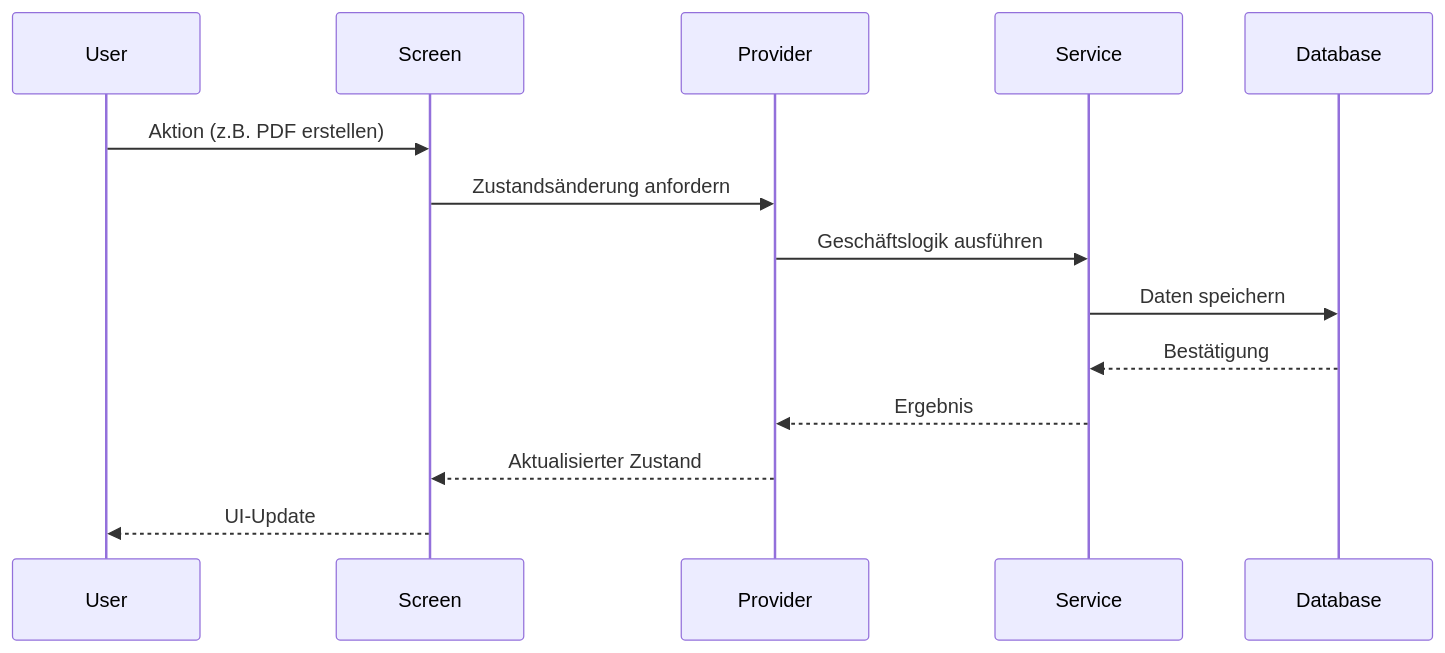
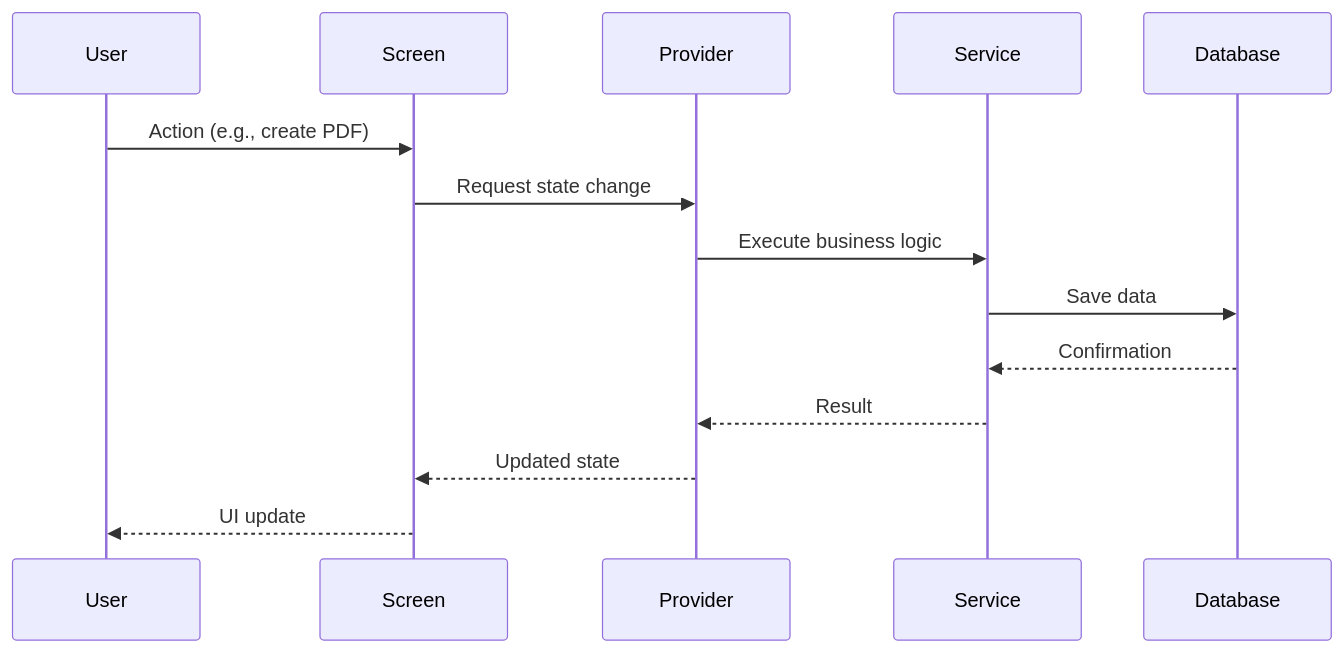
One commit to Nishanth619/PDF-_Gen changed the fourth of 6 diagrams in ARCHITECTURE.md. Above: the diagram before and after it, drawn with Mermaid. The commit also changed other lines of this file and 4 other files, not shown here.

````diff
--- a/ARCHITECTURE.md
+++ b/ARCHITECTURE.md
@@ -150,17 +150,17 @@
 ```mermaid
 sequenceDiagram
     participant U as User
     participant S as Screen
     participant P as Provider
     participant SV as Service
     participant DB as Database
     
-    U->>S: Aktion (z.B. PDF erstellen)
-    S->>P: Zustandsänderung anfordern
-    P->>SV: Geschäftslogik ausführen
-    SV->>DB: Daten speichern
-    DB-->>SV: Bestätigung
-    SV-->>P: Ergebnis
-    P-->>S: Aktualisierter Zustand
-    S-->>U: UI-Update
+    U->>S: Action (e.g., create PDF)
+    S->>P: Request state change
+    P->>SV: Execute business logic
+    SV->>DB: Save data
+    DB-->>SV: Confirmation
+    SV-->>P: Result
+    P-->>S: Updated state
+    S-->>U: UI update
 ```
````
